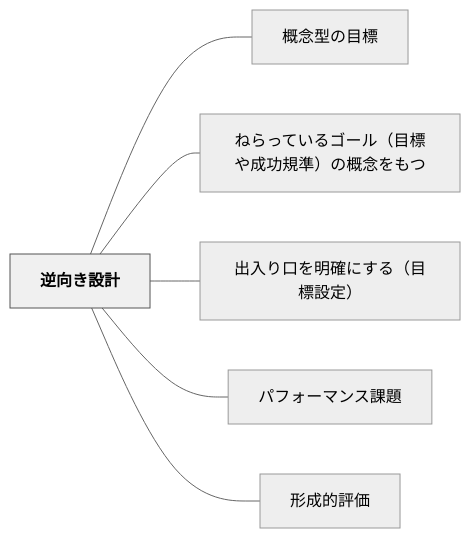
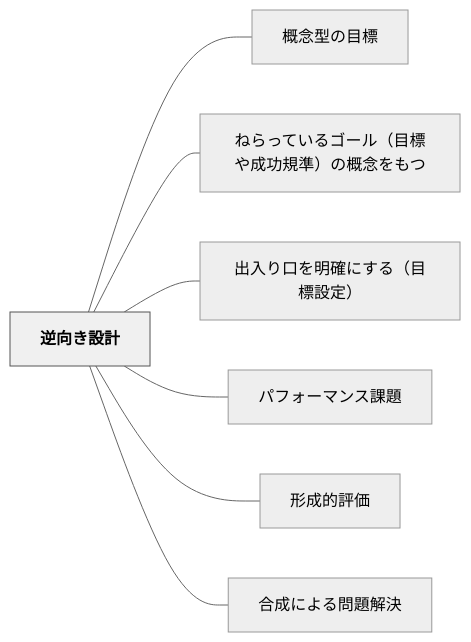
One commit to unknownthings-ed-patterns/unknownthings-ed-patterns changed the diagram in content/パタン/逆向き設計.md. Above: the diagram before and after it, drawn with Mermaid (neutral theme). The commit also changed other lines of this file and 15 other files, not shown here.

````diff
--- a/content/パタン/逆向き設計.md
+++ b/content/パタン/逆向き設計.md
@@ -32,18 +104,20 @@
 ```mermaid
 flowchart LR
     ne98086e59091e3818de8a8ade8a888["逆向き設計"]
     ne6a682e5bfb5e59e8be381aee79baee6a899["概念型の目標"]
     ne381ade38289e381a3e381a6e38184e3828be382b4e383bce383abefbc88e79baee6a899e38284e68890e58a9fe8a68fe6ba96efbc89e381aee6a682e5bfb5e38292e38282e381a4["ねらっているゴール（目標や成功規準）の概念をもつ"]
     ne587bae585a5e3828ae58fa3e38292e6988ee7a2bae381abe38199e3828befbc88e79baee6a899e8a8ade5ae9aefbc89["出入り口を明確にする（目標設定）"]
     ne38391e38395e382a9e383bce3839ee383b3e382b9e8aab2e9a18c["パフォーマンス課題"]
     ne5bda2e68890e79a84e8a995e4bea1["形成的評価"]
+    ne59088e68890e381abe38288e3828be5958fe9a18ce8a7a3e6b1ba["合成による問題解決"]
 
     ne98086e59091e3818de8a8ade8a888 --- ne6a682e5bfb5e59e8be381aee79baee6a899
     ne98086e59091e3818de8a8ade8a888 --- ne381ade38289e381a3e381a6e38184e3828be382b4e383bce383abefbc88e79baee6a899e38284e68890e58a9fe8a68fe6ba96efbc89e381aee6a682e5bfb5e38292e38282e381a4
     ne98086e59091e3818de8a8ade8a888 --- ne587bae585a5e3828ae58fa3e38292e6988ee7a2bae381abe38199e3828befbc88e79baee6a899e8a8ade5ae9aefbc89
     ne98086e59091e3818de8a8ade8a888 --- ne38391e38395e382a9e383bce3839ee383b3e382b9e8aab2e9a18c
     ne98086e59091e3818de8a8ade8a888 --- ne5bda2e68890e79a84e8a995e4bea1
+    ne98086e59091e3818de8a8ade8a888 --- ne59088e68890e381abe38288e3828be5958fe9a18ce8a7a3e6b1ba
 
     classDef hub fill:#f0f0f0,stroke:#555,color:#000,font-weight:bold
     class ne98086e59091e3818de8a8ade8a888 hub
 ```
````
